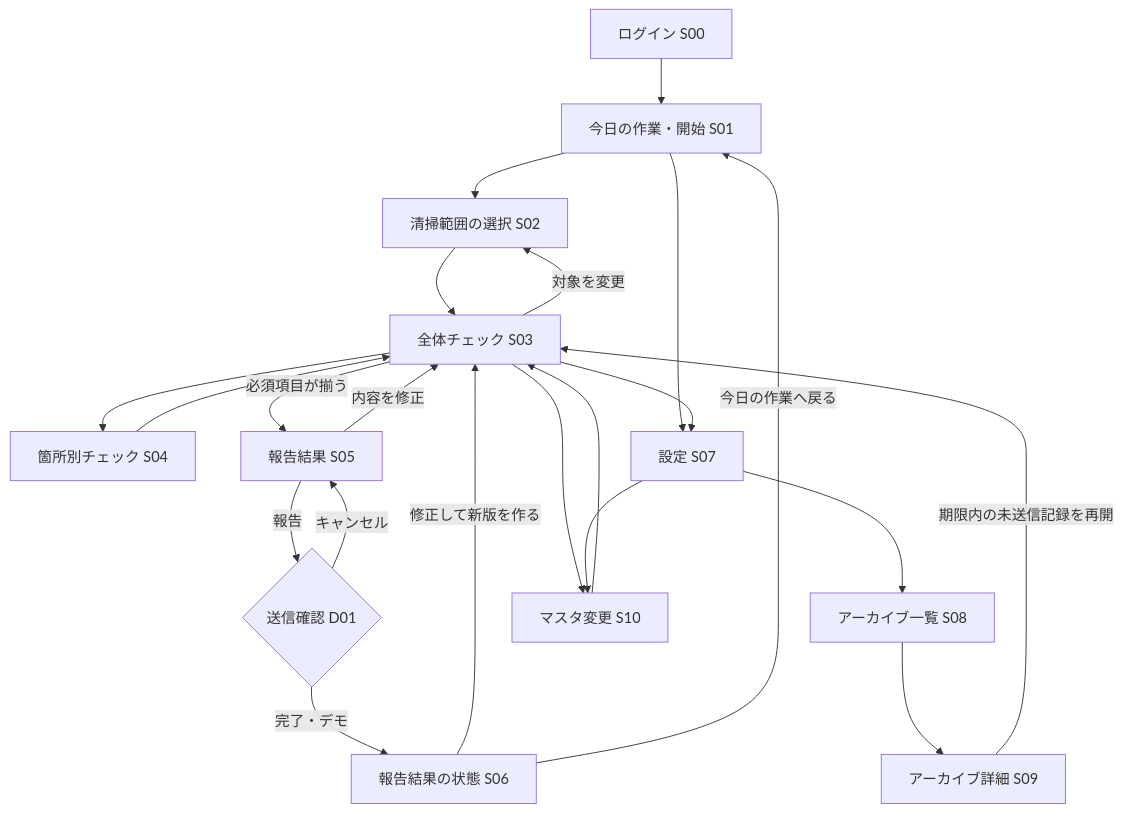
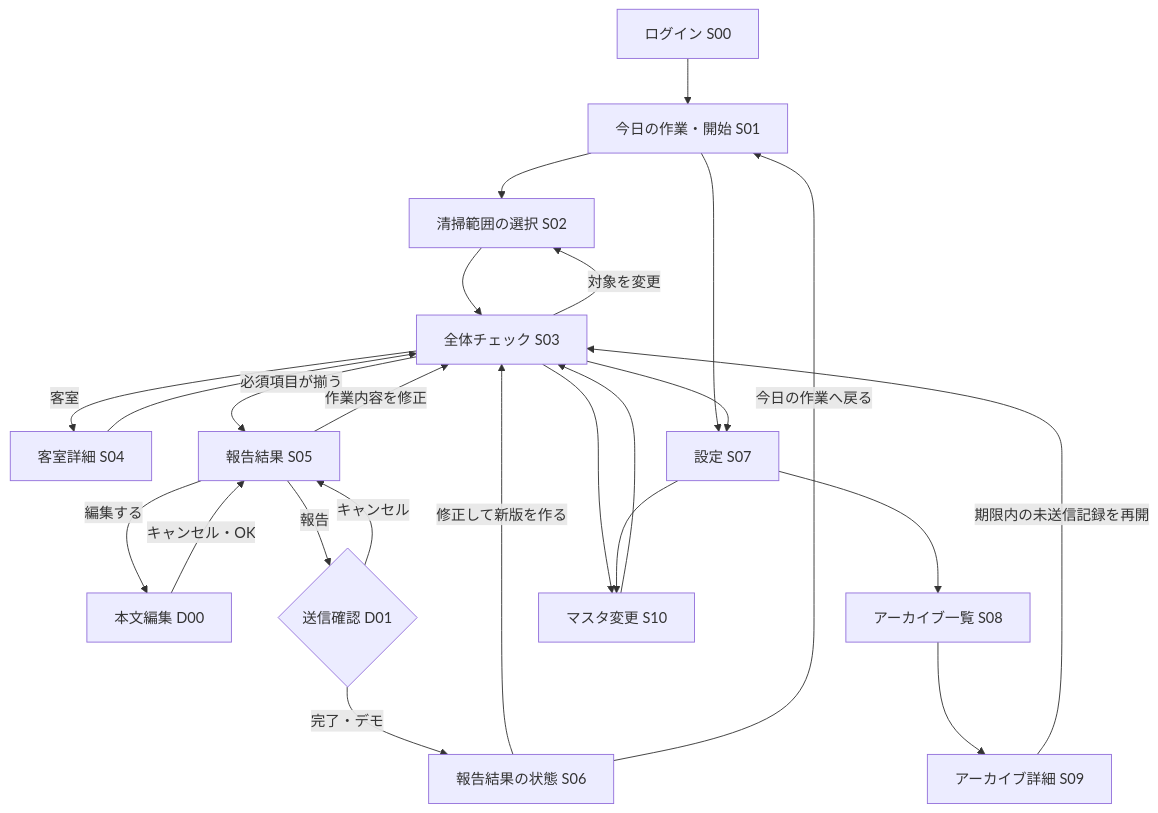
The diagram in docs/screen-structure-and-flow.md (nto300002/kiiya-cleaning-checker), drawn with Mermaid before and after one commit. The commit also changed other lines of this file and 9 other files, not shown here.

````diff
--- a/docs/screen-structure-and-flow.md
+++ b/docs/screen-structure-and-flow.md
@@ -32,24 +33,26 @@
 ```mermaid
 flowchart TD
     S00[ログイン S00] --> S01[今日の作業・開始 S01]
     S01 --> S02[清掃範囲の選択 S02]
     S02 --> S03[全体チェック S03]
     S03 -->|対象を変更| S02
-    S03 --> S04[箇所別チェック S04]
+    S03 -->|客室| S04[客室詳細 S04]
     S04 --> S03
     S03 -->|必須項目が揃う| S05[報告結果 S05]
-    S05 -->|内容を修正| S03
+    S05 -->|編集する| D00[本文編集 D00]
+    D00 -->|キャンセル・OK| S05
+    S05 -->|作業内容を修正| S03
     S05 -->|報告| D01{送信確認 D01}
     D01 -->|キャンセル| S05
     D01 -->|完了・デモ| S06[報告結果の状態 S06]
     S06 -->|修正して新版を作る| S03
     S06 -->|今日の作業へ戻る| S01
     S01 --> S07[設定 S07]
     S03 --> S07
     S07 --> S08[アーカイブ一覧 S08]
     S08 --> S09[アーカイブ詳細 S09]
     S09 -->|期限内の未送信記録を再開| S03
     S03 --> S10[マスタ変更 S10]
     S07 --> S10
     S10 --> S03
 ```
````
